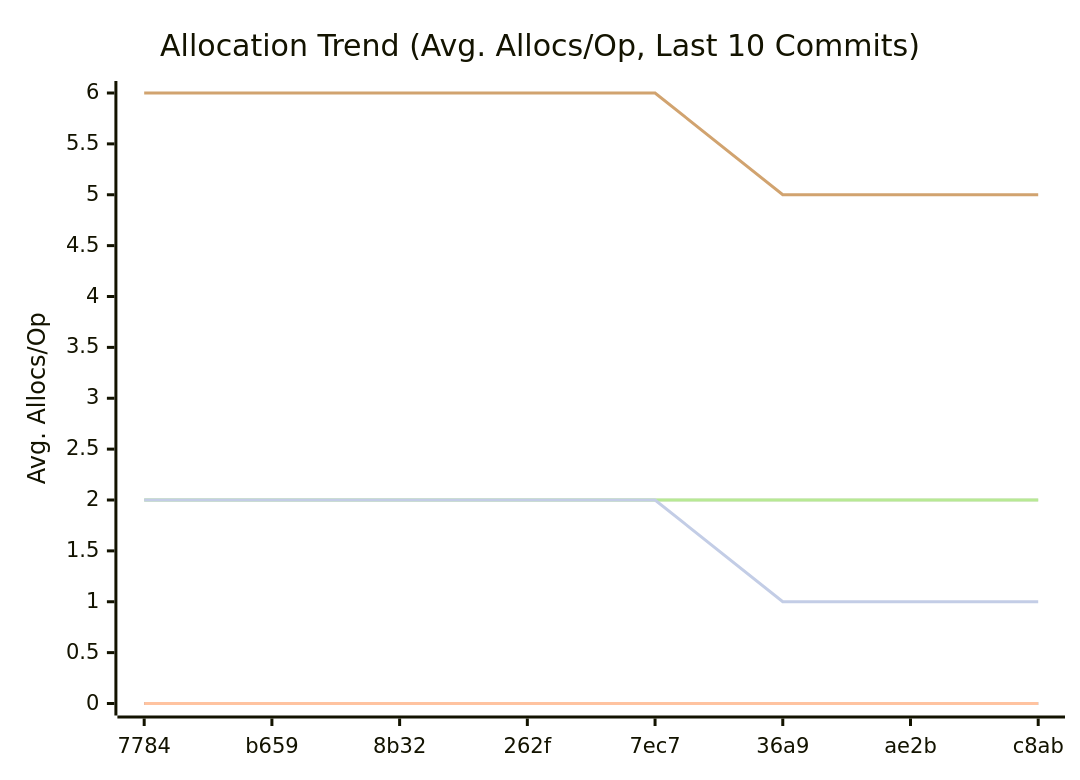
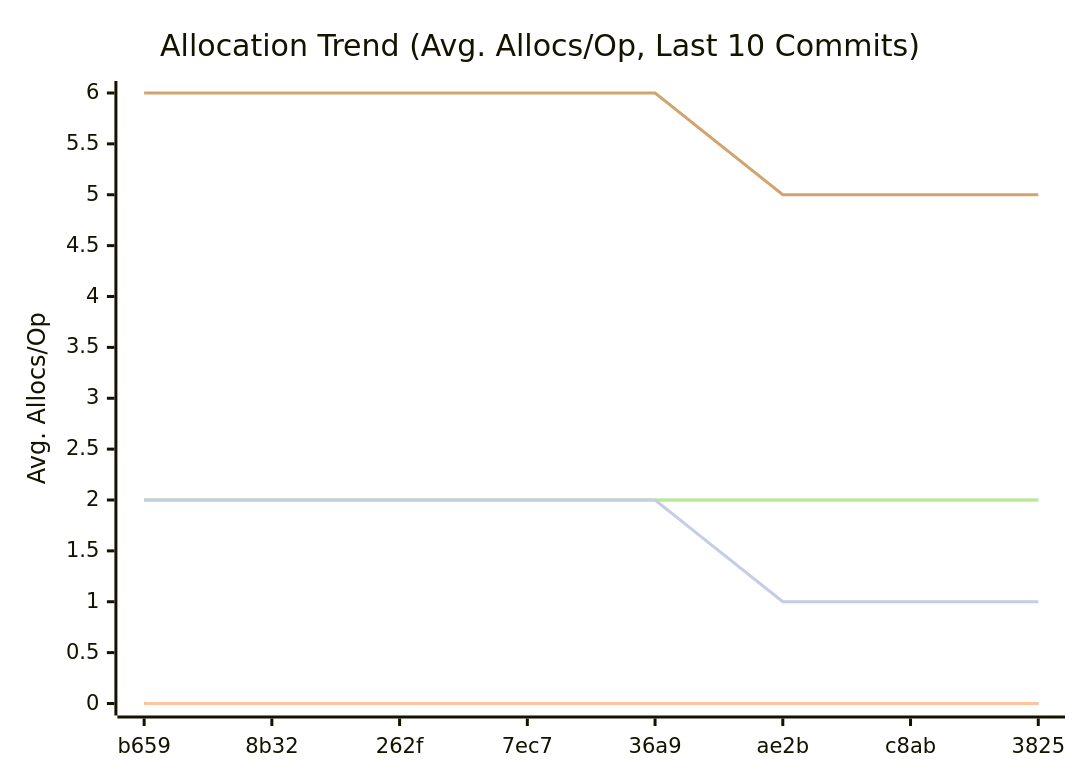
The third of 3 diagrams in docs/README.md (alsotoes/momo), drawn with Mermaid before and after one commit. The commit also changed other lines of this file and 1 other file, not shown here.

````diff
--- a/docs/README.md
+++ b/docs/README.md
@@ -328,14 +326,14 @@
 ```mermaid
 xychart-beta
     title "Allocation Trend (Avg. Allocs/Op, Last 10 Commits)"
     x-axis "Commit"
     y-axis "Avg. Allocs/Op"
-    x-axis [7784,b659,8b32,262f,7ec7,36a9,ae2b,c8ab]
+    x-axis [b659,8b32,262f,7ec7,36a9,ae2b,c8ab,3825]
     line "CheckMetricsAndSwap" [0,0,0,0,0,0,0,0,0,0]
     line "IndexDirectTracking" [0,0,0,0,0,0,0,0,0,0]
     line "IndexSearch" [0,0,0,0,0,0,0,0,0,0]
     line "LoadGlobalConfig" [2,2,2,2,2,2,2,2,2,2]
     line "PadString" [2,2,2,2,2,2,2,2,2,2]
     line "ParseReplicationOrder_NoPrealloc" [6,6,6,6,6,5,5,5,5,5]
     line "ParseReplicationOrder_Prealloc" [2,2,2,2,2,1,1,1,1,1]
 ```
````
